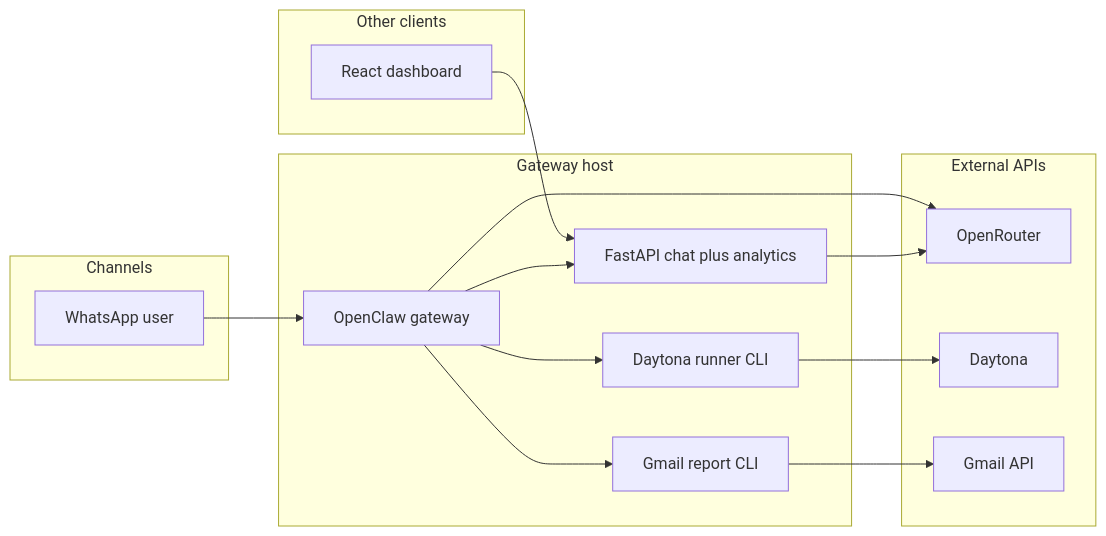
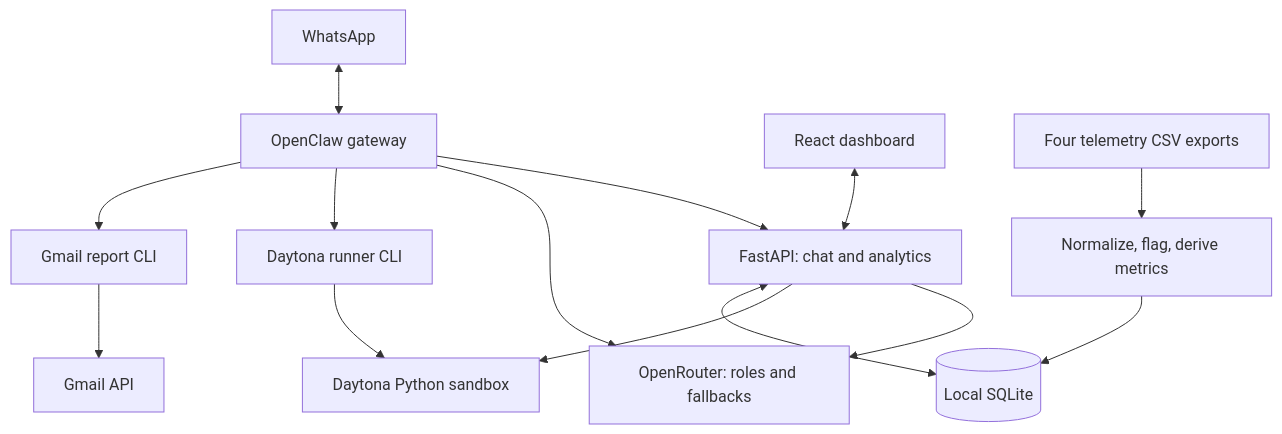
The diagram in README.md (MrenXX/AquaMind), drawn with Mermaid before and after one commit. The commit also changed other lines of this file and 4 other files, not shown here.

Commit message:
Clarify telemetry workflows and current chat architecture

````diff
--- a/README.md
+++ b/README.md
@@ -31,29 +9,16 @@
 ```mermaid
-flowchart LR
-  subgraph channels [Channels]
-    WA[WhatsApp user]
-  end
-  subgraph clients [Other clients]
-    FE[React dashboard]
-  end
-  subgraph runtime [Gateway host]
-    OC[OpenClaw gateway]
-    DR[Daytona runner CLI]
-    GM[Gmail report CLI]
-    API[FastAPI chat plus analytics]
-  end
-  subgraph cloud [External APIs]
-    OR[OpenRouter]
-    DT[Daytona]
-    GMAIL[Gmail API]
-  end
-  WA --> OC
-  FE --> API
-  OC --> OR
-  OC --> DR
-  DR --> DT
-  OC --> GM
-  GM --> GMAIL
-  OC --> API
-  API --> OR
+flowchart TB
+    WA[WhatsApp] <--> OC[OpenClaw gateway]
+    UI[React dashboard] <--> API[FastAPI: chat and analytics]
+    OC --> API
+    OC --> OR[OpenRouter: roles and fallbacks]
+    API --> OR
+    OC --> RUN[Daytona runner CLI]
+    RUN --> DT[Daytona Python sandbox]
+    API --> DT
+    OC --> MAIL[Gmail report CLI]
+    MAIL --> GMAIL[Gmail API]
+    CSV[Four telemetry CSV exports] --> ETL[Normalize, flag, derive metrics]
+    ETL --> DB[(Local SQLite)]
+    API <--> DB
 ```
````
